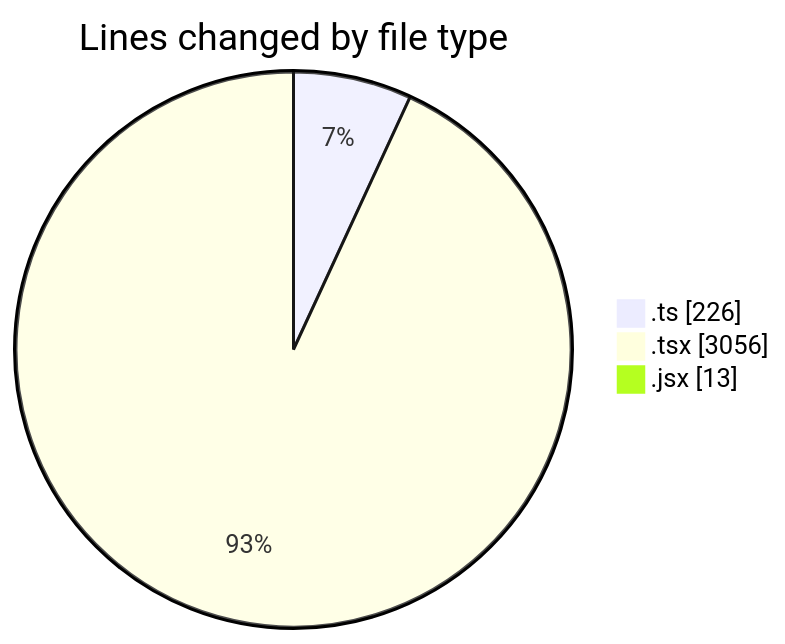
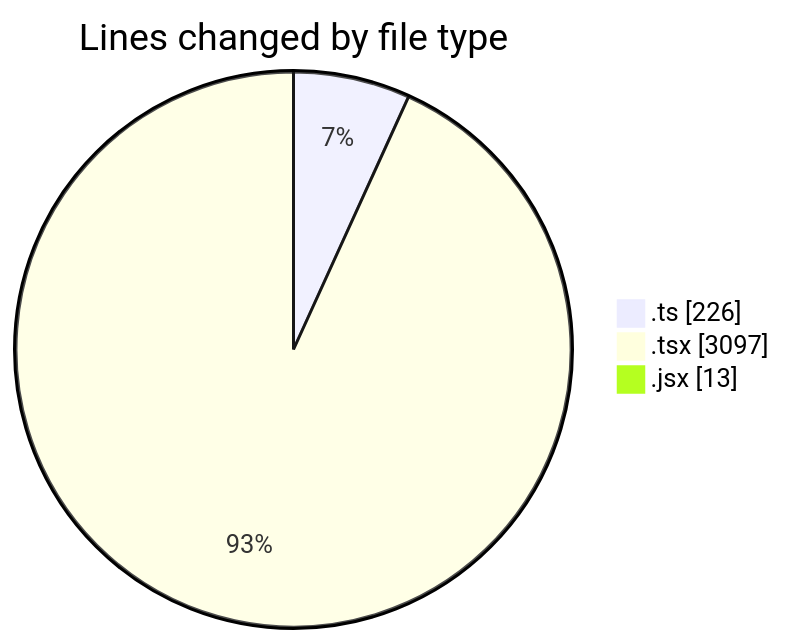
The first of 2 diagrams in 2025-12-02/cda/README.md (momahboobian/code-tracking), drawn with Mermaid before and after one commit. The commit also changed other lines of this file and 1 other file, not shown here.

````diff
--- a/2025-12-02/cda/README.md
+++ b/2025-12-02/cda/README.md
@@ -30,7 +30,7 @@
 ```mermaid
 pie showData
 title Lines changed by file type
 ".ts" : 226
-".tsx" : 3056
+".tsx" : 3097
 ".jsx" : 13
 ```
````
